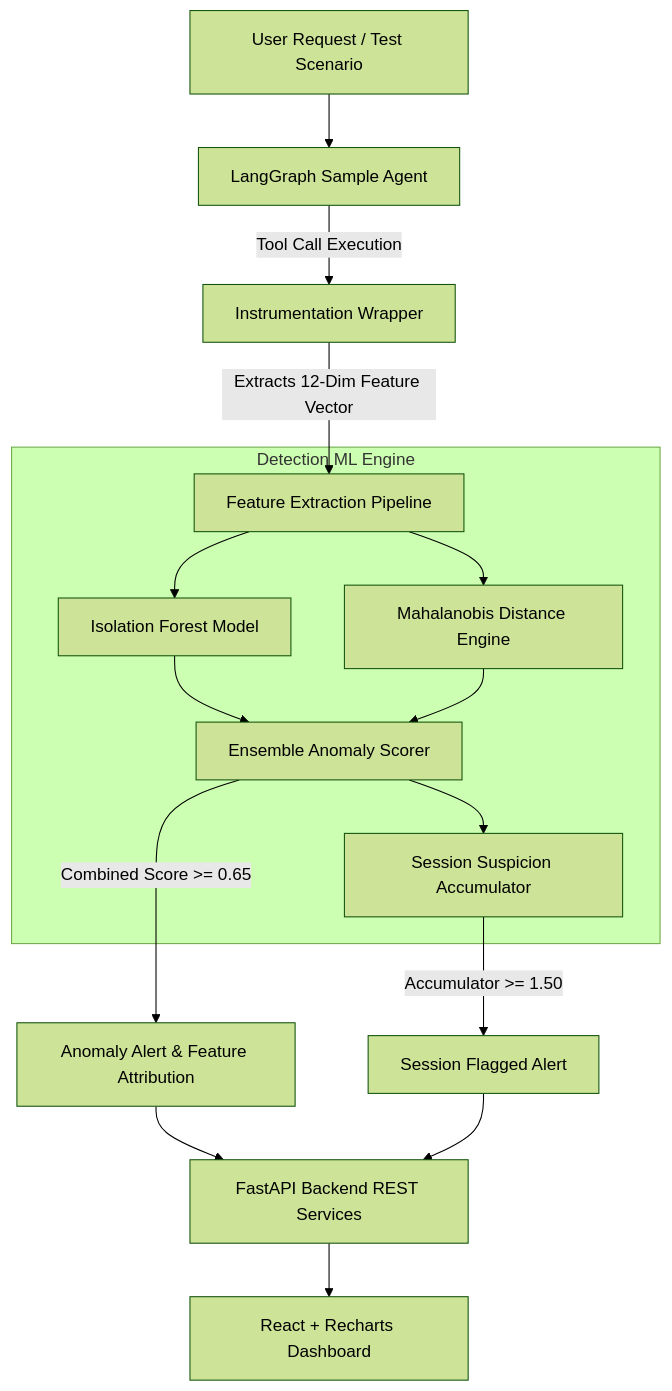
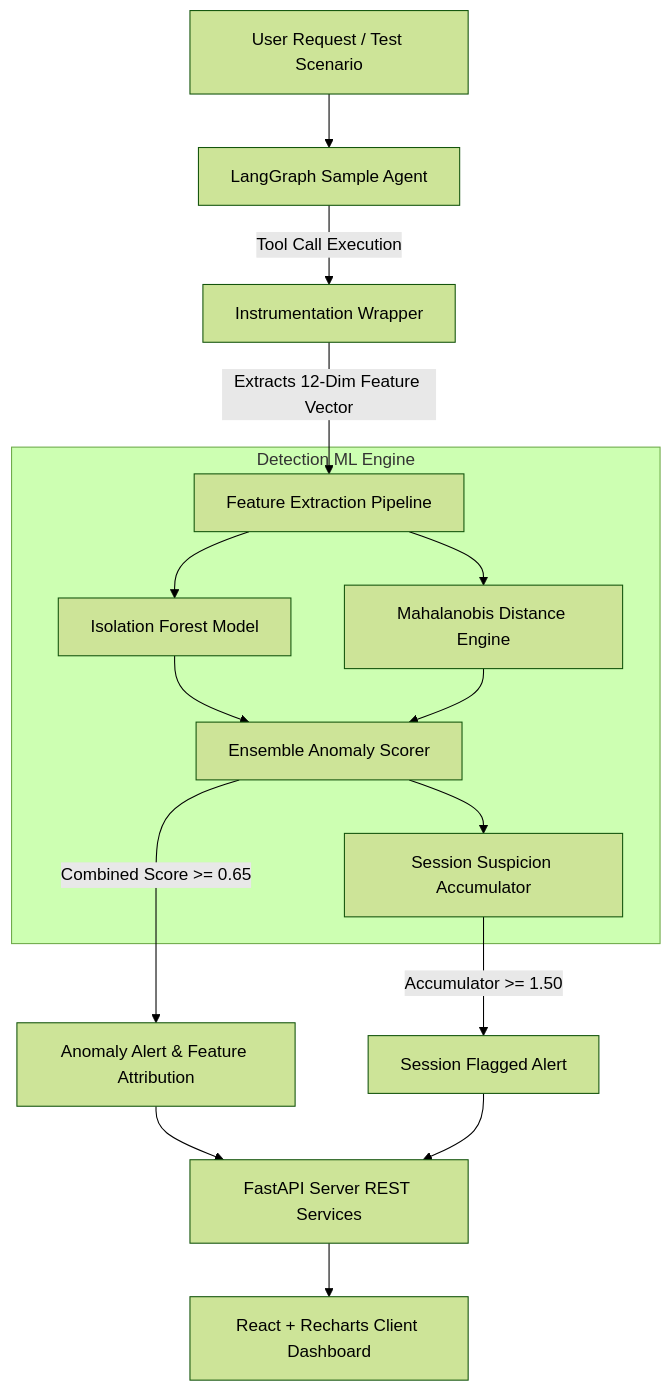
Before and after one commit to Siva-2517/SentinelTrace: the diagram in README.md, drawn with Mermaid (forest theme). The commit also changed other lines of this file, not shown here.

````diff
--- a/README.md
+++ b/README.md
@@ -34,21 +35,21 @@
 ```mermaid
 flowchart TD
     A[User Request / Test Scenario] --> B[LangGraph Sample Agent]
     B -->|Tool Call Execution| C[Instrumentation Wrapper]
     C -->|Extracts 12-Dim Feature Vector| D[Feature Extraction Pipeline]
     
     subgraph Detection ML Engine
         D --> E[Isolation Forest Model]
         D --> F[Mahalanobis Distance Engine]
         E --> G[Ensemble Anomaly Scorer]
         F --> G
         G --> H[Session Suspicion Accumulator]
     end
     
     G -->|Combined Score >= 0.65| I[Anomaly Alert & Feature Attribution]
     H -->|Accumulator >= 1.50| J[Session Flagged Alert]
     
-    I --> K[FastAPI Backend REST Services]
+    I --> K[FastAPI Server REST Services]
     J --> K
-    K --> L[React + Recharts Dashboard]
+    K --> L[React + Recharts Client Dashboard]
 ```
````
